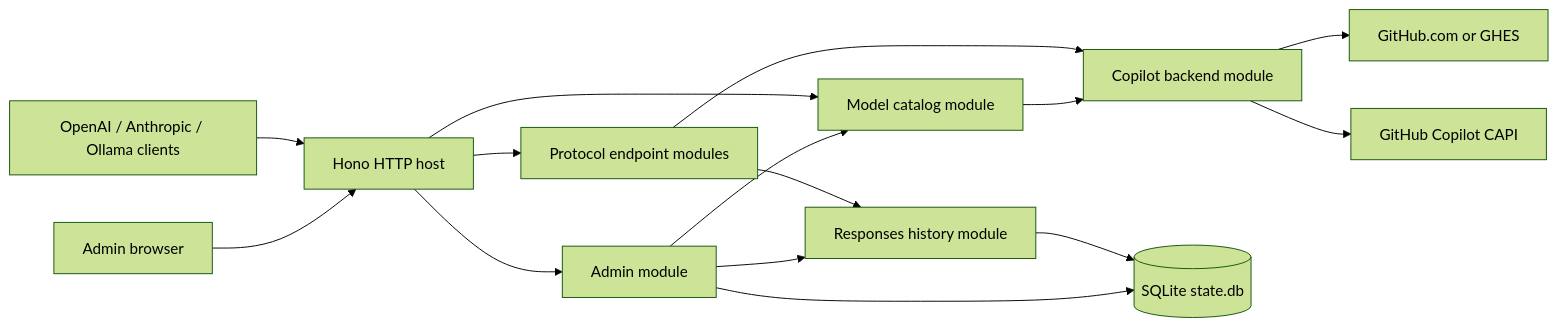
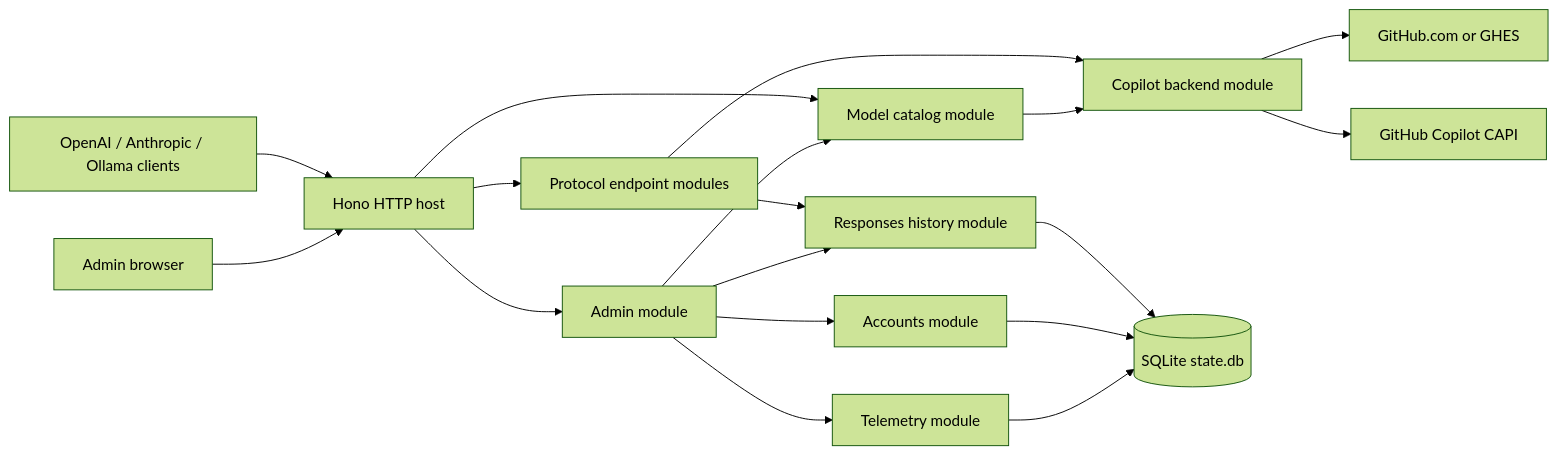
Before and after one commit to ljie-PI/ghcp-ollama: the first of 2 diagrams in docs/architecture.md, drawn with Mermaid (forest theme). The commit also changed other lines of this file and 1 other file, not shown here.

First line of the commit message:
Clarify Admin module architecture (#71)

````diff
--- a/docs/architecture.md
+++ b/docs/architecture.md
@@ -175,29 +175,34 @@
 ```mermaid
 flowchart LR
     Clients[OpenAI / Anthropic / Ollama clients]
     AdminBrowser[Admin browser]
     Host[Hono HTTP host]
     Protocols[Protocol endpoint modules]
     Catalog[Model catalog module]
     Backend[Copilot backend module]
     GitHub[GitHub.com or GHES]
     CAPI[GitHub Copilot CAPI]
     History[Responses history module]
+    Accounts[Accounts module]
+    Telemetry[Telemetry module]
     State[(SQLite state.db)]
     Admin[Admin module]
 
     Clients --> Host
     Host --> Protocols
     Host --> Catalog
     Protocols --> Backend
     Protocols --> History
     Catalog --> Backend
     Backend --> GitHub
     Backend --> CAPI
     History --> State
     AdminBrowser --> Host
     Host --> Admin
+    Admin --> Accounts
     Admin --> Catalog
     Admin --> History
-    Admin --> State
+    Admin --> Telemetry
+    Accounts --> State
+    Telemetry --> State
 ```
````
